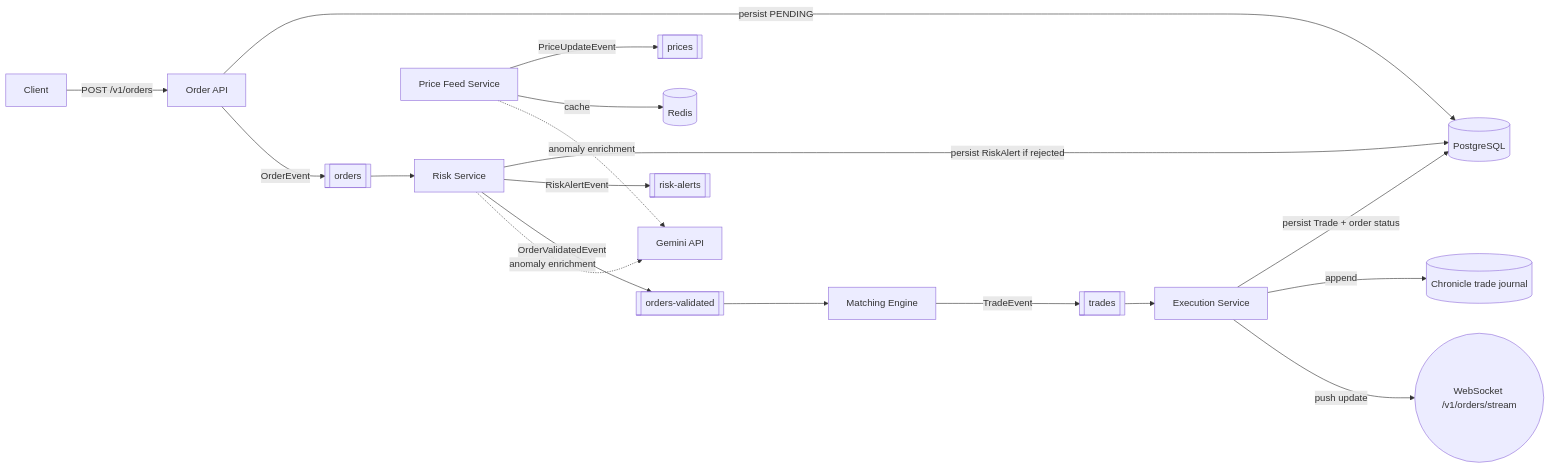
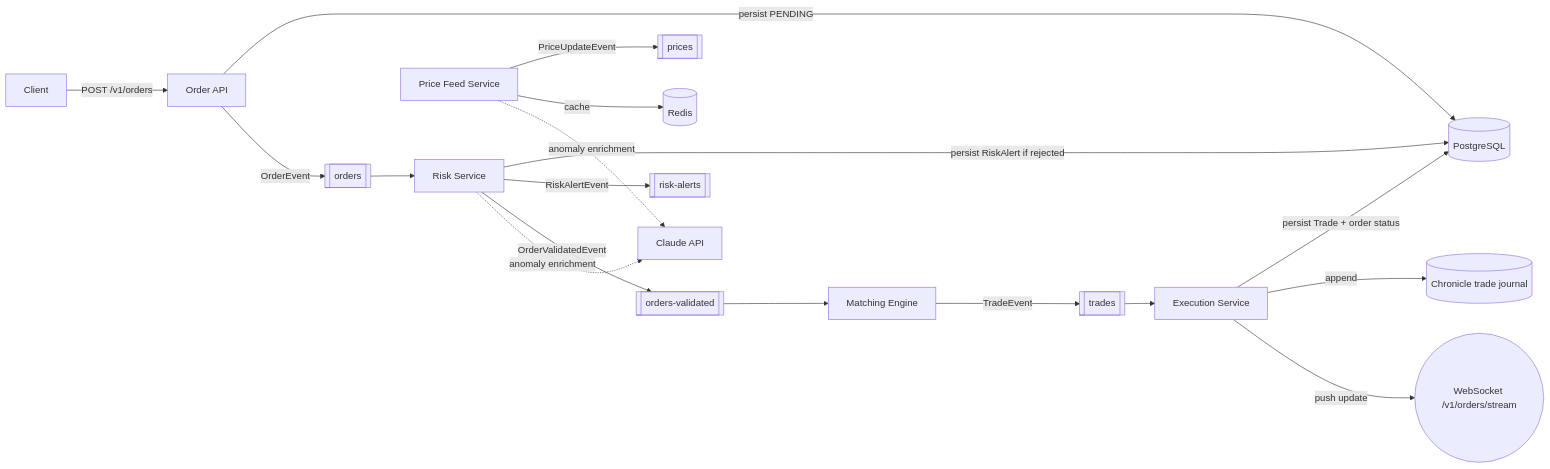
Before and after one commit to Dcbate/trading-platform: the fifth of 6 diagrams in README.md, drawn with Mermaid. The commit also changed other lines of this file and 38 other files, not shown here.

````diff
--- a/README.md
+++ b/README.md
@@ -232,20 +232,20 @@
 ```mermaid
 flowchart LR
     Client -->|POST /v1/orders| API[Order API]
     API -->|persist PENDING| DB[(PostgreSQL)]
     API -->|OrderEvent| T1[[orders]]
     T1 --> Risk[Risk Service]
     Risk -->|persist RiskAlert if rejected| DB
     Risk -->|RiskAlertEvent| T2[[risk-alerts]]
     Risk -->|OrderValidatedEvent| T3[[orders-validated]]
     T3 --> Match[Matching Engine]
     Match -->|TradeEvent| T4[[trades]]
     T4 --> Exec[Execution Service]
     Exec -->|persist Trade + order status| DB
     Exec -->|append| CQ[(Chronicle trade journal)]
     Exec -->|push update| WS((WebSocket /v1/orders/stream))
     Feed[Price Feed Service] -->|PriceUpdateEvent| T5[[prices]]
     Feed -->|cache| Redis[(Redis)]
-    Risk -.->|anomaly enrichment| Gemini[Gemini API]
-    Feed -.->|anomaly enrichment| Gemini
+    Risk -.->|anomaly enrichment| Claude[Claude API]
+    Feed -.->|anomaly enrichment| Claude
 ```
````
